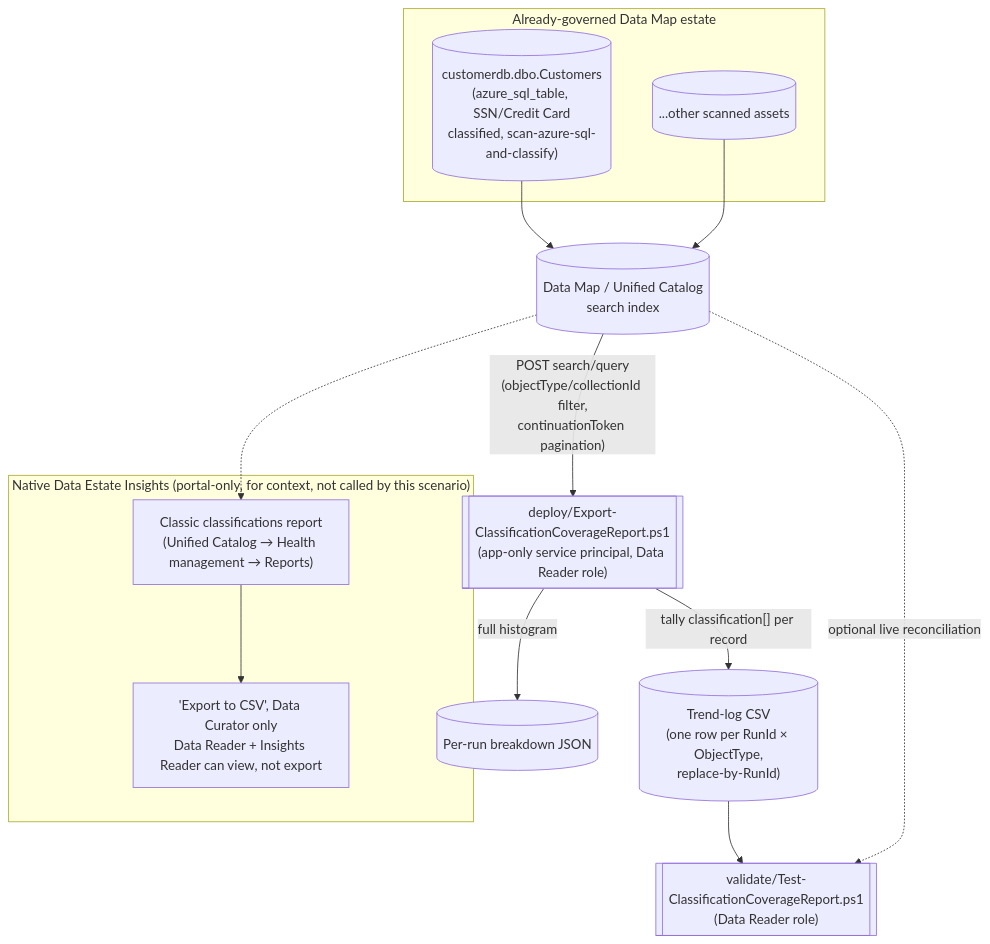
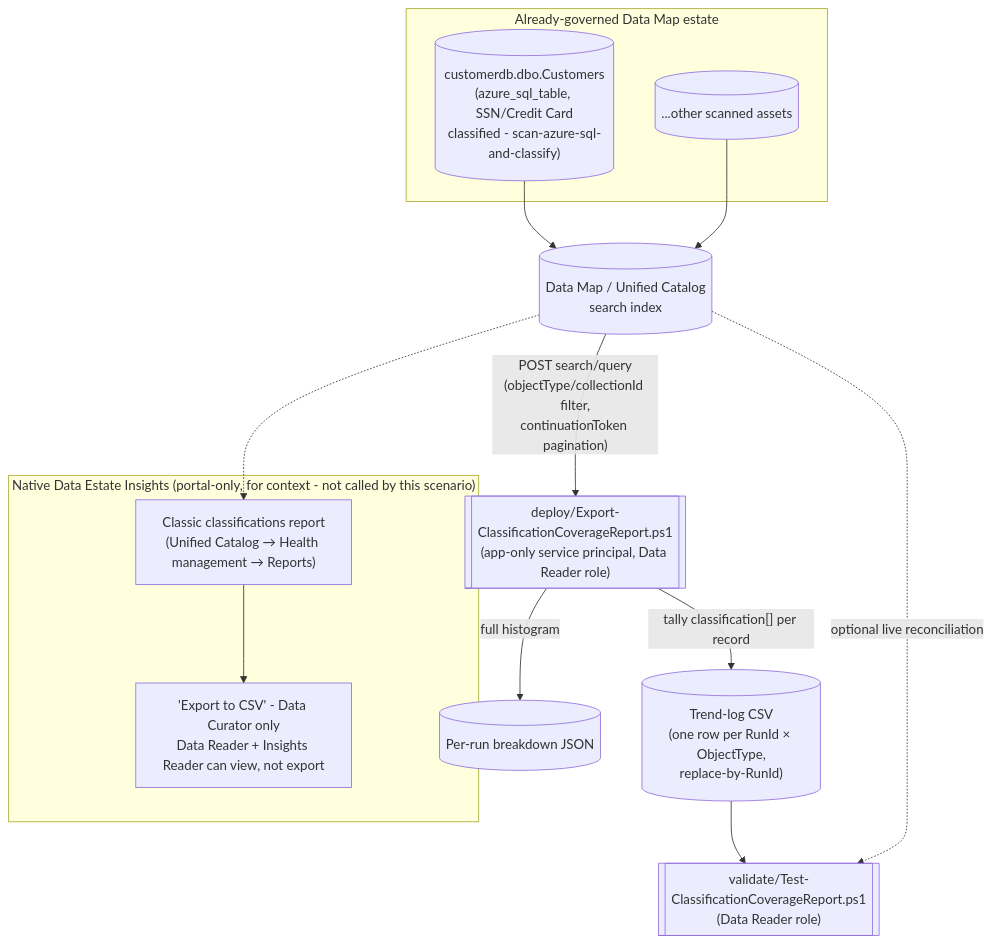
Before and after one commit to kpsec1/kpsec1.github.io: the diagram in src/content/scenarios/data-estate-insights/classification-coverage-report.md, drawn with Mermaid. The commit also changed other lines of this file and 374 other files, not shown here.

````diff
--- a/src/content/scenarios/data-estate-insights/classification-coverage-report.md
+++ b/src/content/scenarios/data-estate-insights/classification-coverage-report.md
@@ -74,27 +74,27 @@
 ```mermaid
 flowchart TD
-    subgraph Native["Native Data Estate Insights (portal-only, for context, not called by this scenario)"]
+    subgraph Native["Native Data Estate Insights (portal-only, for context - not called by this scenario)"]
         Insights["Classic classifications report<br/>(Unified Catalog → Health management → Reports)"]
-        ExportGate["'Export to CSV', Data Curator only<br/>Data Reader + Insights Reader can view, not export"]
+        ExportGate["'Export to CSV' - Data Curator only<br/>Data Reader + Insights Reader can view, not export"]
         Insights --> ExportGate
     end
 
     subgraph Estate["Already-governed Data Map estate"]
-        Asset[("customerdb.dbo.Customers<br/>(azure_sql_table, SSN/Credit Card<br/>classified, scan-azure-sql-and-classify)")]
+        Asset[("customerdb.dbo.Customers<br/>(azure_sql_table, SSN/Credit Card<br/>classified - scan-azure-sql-and-classify)")]
         Other[("...other scanned assets")]
     end
 
     Index[("Data Map / Unified Catalog<br/>search index")]
     Asset --> Index
     Other --> Index
     Index -.-> Insights
 
     Report[["deploy/Export-ClassificationCoverageReport.ps1<br/>(app-only service principal, Data Reader role)"]]
     Index -- "POST search/query<br/>(objectType/collectionId filter,<br/>continuationToken pagination)" --> Report
     Report -- "tally classification[] per record" --> Trend[("Trend-log CSV<br/>(one row per RunId × ObjectType,<br/>replace-by-RunId)")]
     Report -- "full histogram" --> Breakdown[("Per-run breakdown JSON")]
 
     Validator[["validate/Test-ClassificationCoverageReport.ps1<br/>(Data Reader role)"]]
     Trend --> Validator
     Index -. "optional live reconciliation" .-> Validator
 ```
````
